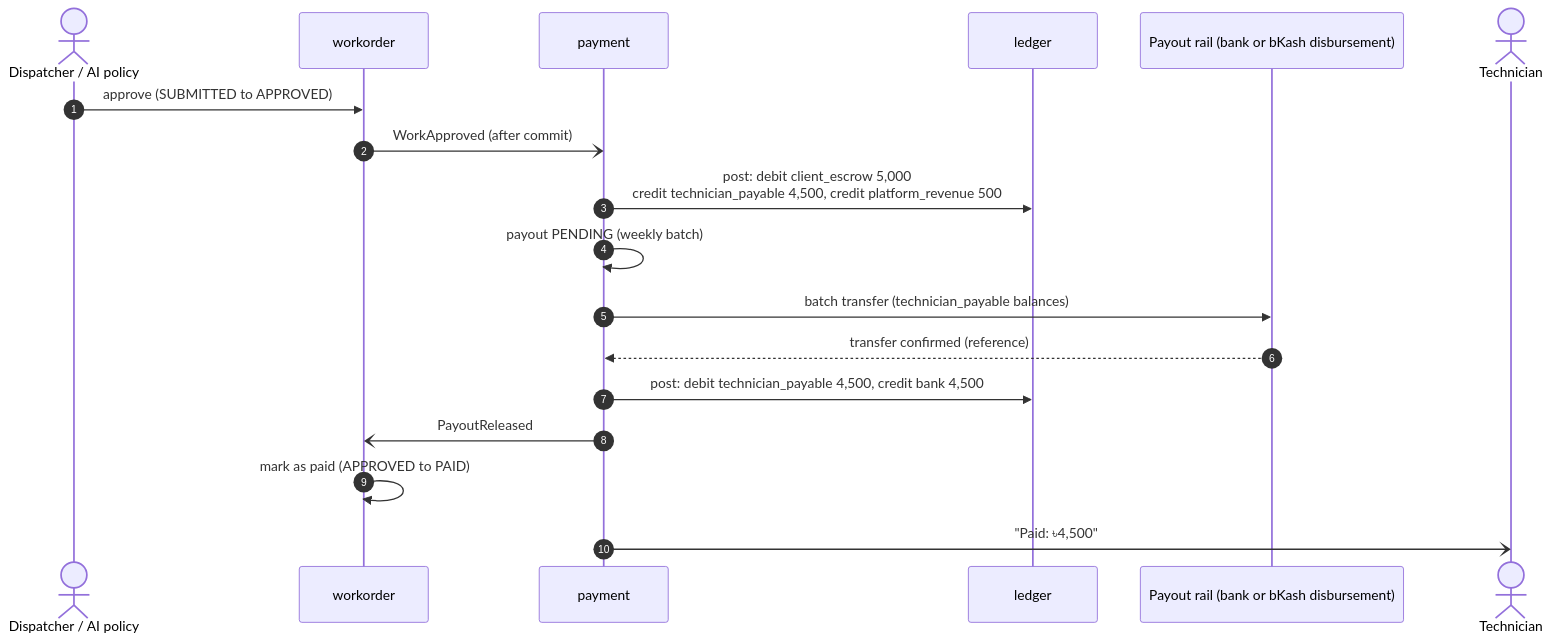
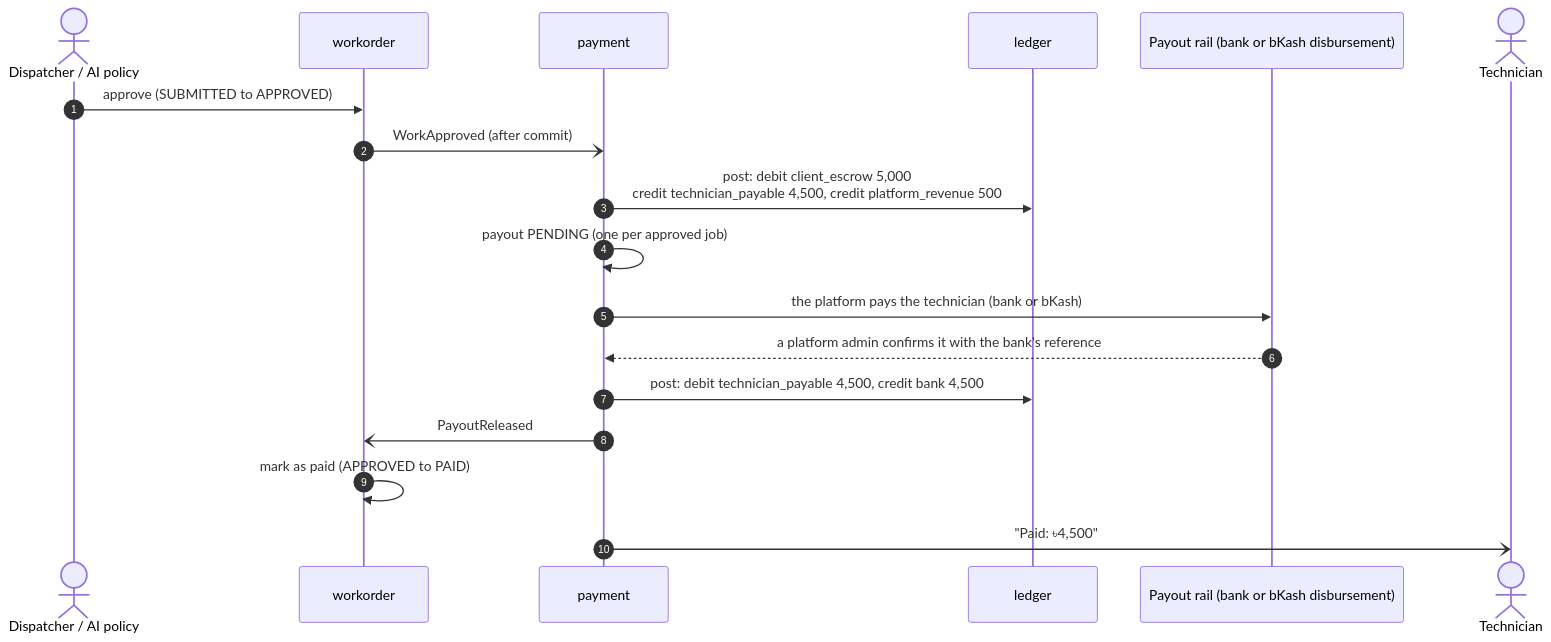
The third of 5 diagrams in docs/diagrams/payment-flow.md (md-rashed-zaman/dispatch-platform), drawn with Mermaid before and after one commit. The commit also changed other lines of this file and 33 other files, not shown here.

````diff
--- a/docs/diagrams/payment-flow.md
+++ b/docs/diagrams/payment-flow.md
@@ -113,21 +113,21 @@
 ```mermaid
 sequenceDiagram
   autonumber
   actor D as Dispatcher / AI policy
   participant WO as workorder
   participant P as payment
   participant L as ledger
   participant B as Payout rail (bank or bKash disbursement)
   actor T as Technician
 
   D->>WO: approve (SUBMITTED to APPROVED)
   WO-)P: WorkApproved (after commit)
   P->>L: post: debit client_escrow 5,000<br/>credit technician_payable 4,500, credit platform_revenue 500
-  P->>P: payout PENDING (weekly batch)
-  P->>B: batch transfer (technician_payable balances)
-  B-->>P: transfer confirmed (reference)
+  P->>P: payout PENDING (one per approved job)
+  P->>B: the platform pays the technician (bank or bKash)
+  B-->>P: a platform admin confirms it with the bank's reference
   P->>L: post: debit technician_payable 4,500, credit bank 4,500
   P-)WO: PayoutReleased
   WO->>WO: mark as paid (APPROVED to PAID)
   P-)T: "Paid: ৳4,500"
 ```
````
